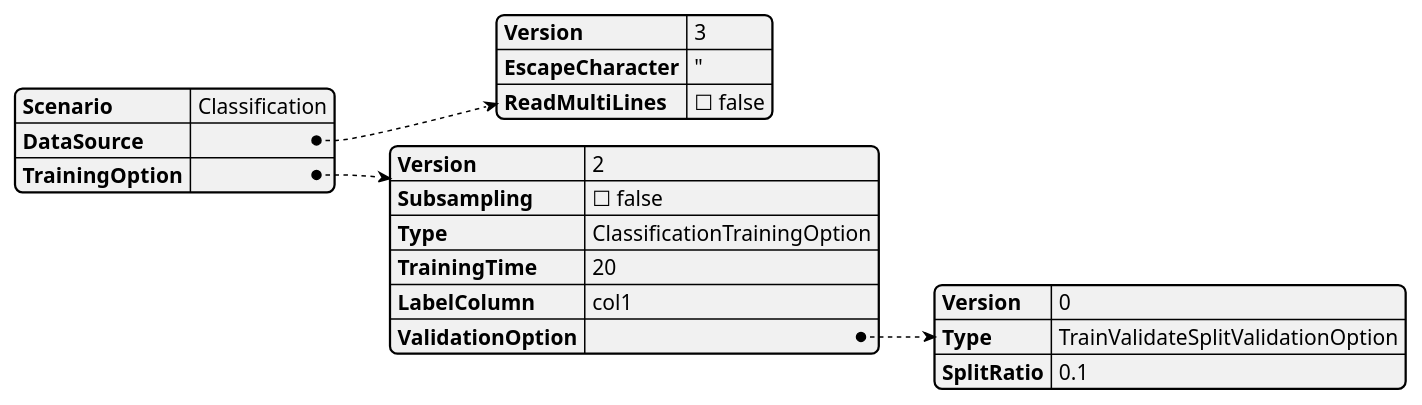
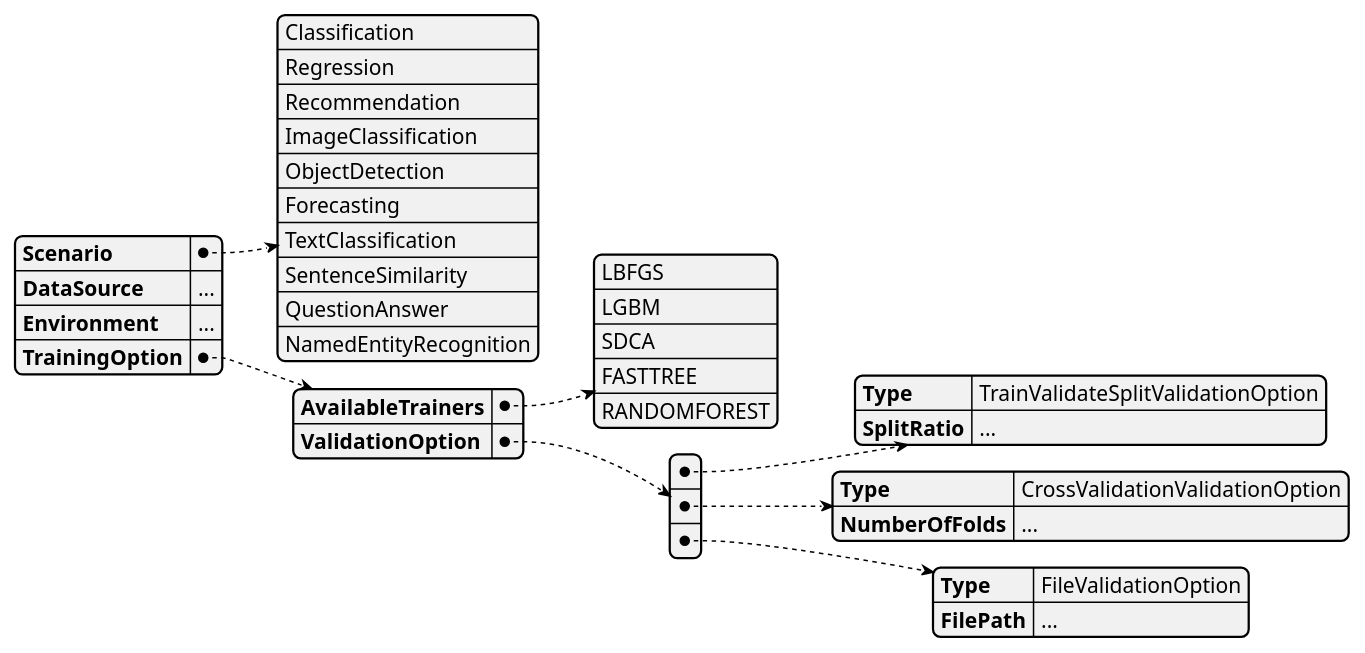
One commit to RobinNunkesser/plantuml changed the diagram in mlnetjson.pu. Above: the diagram before and after it, drawn with PlantUML.

```diff
--- a/mlnetjson.pu
+++ b/mlnetjson.pu
@@ -1,22 +1,41 @@
 @startjson
 {
-  "Scenario": "Classification",
-  "DataSource": {
-    "Version": 3,
-    "EscapeCharacter": "\"",
-    "ReadMultiLines": false
-  },
+  "Scenario": [
+    "Classification",
+    "Regression",
+    "Recommendation",
+    "ImageClassification",
+    "ObjectDetection",
+    "Forecasting",
+    "TextClassification",
+    "SentenceSimilarity",
+    "QuestionAnswer",
+    "NamedEntityRecognition"
+    ],
+  "DataSource": "...",
+  "Environment": "...",
   "TrainingOption": {
-    "Version": 2,
-    "Subsampling": false,
-    "Type": "ClassificationTrainingOption",
-    "TrainingTime": 20,
-    "LabelColumn": "col1",
-    "ValidationOption": {
-      "Version": 0,
+    "AvailableTrainers": [
+      "LBFGS",
+      "LGBM",
+      "SDCA",
+      "FASTTREE",
+      "RANDOMFOREST"
+    ],
+    "ValidationOption": [
+        {
       "Type": "TrainValidateSplitValidationOption",
-      "SplitRatio": 0.1
-    }
+      "SplitRatio": "..."
+       },
+       {
+      "Type": "CrossValidationValidationOption",
+      "NumberOfFolds": "..."
+       },
+       {
+      "Type": "FileValidationOption",
+      "FilePath": "..."
+       }
+    ]
   }
 }
 @endjson
```
